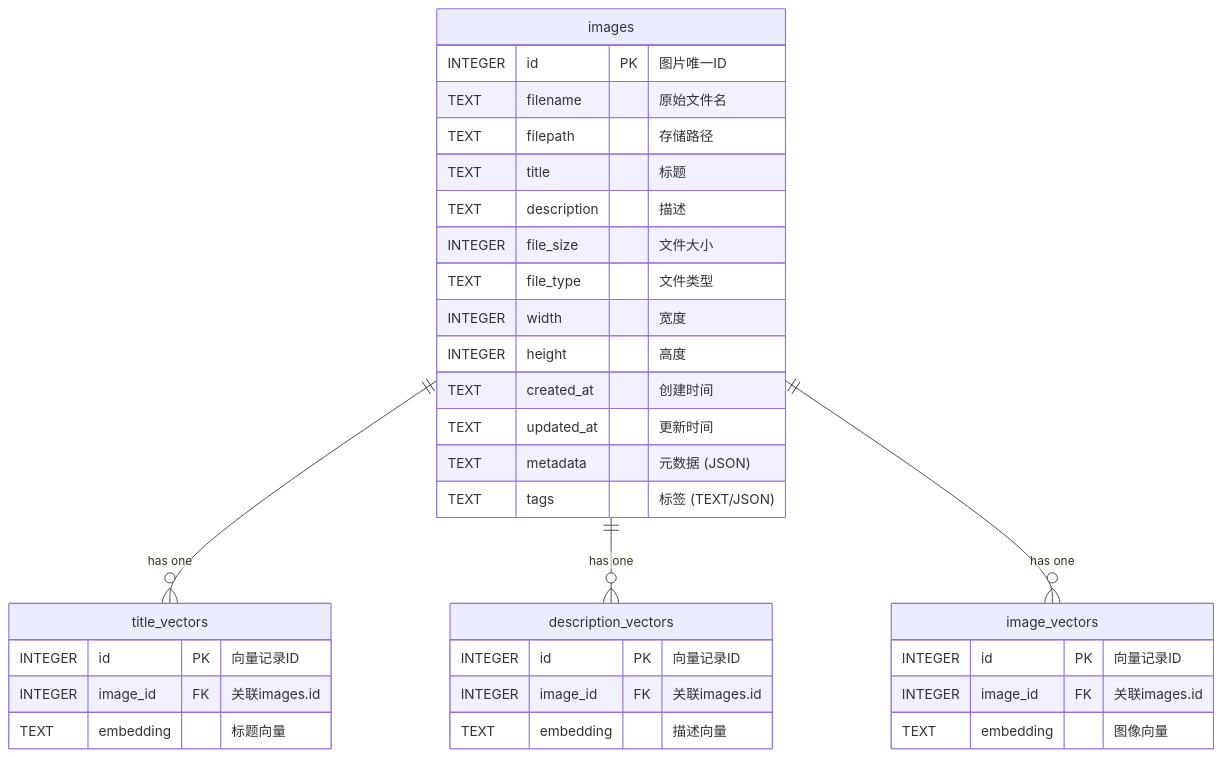
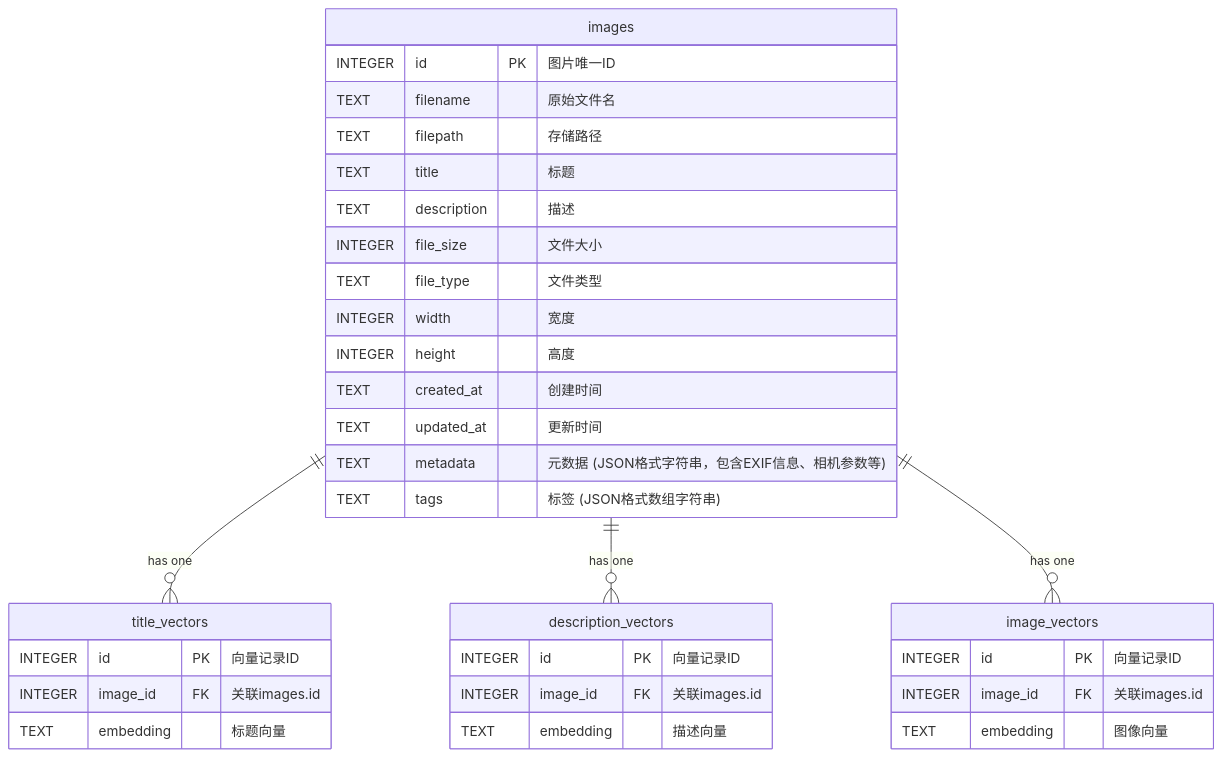
Before and after one commit to li-xiu-qi/SmartlmageFinder: the diagram in docs/database_design.md, drawn with Mermaid. The commit also changed other lines of this file and 13 other files, not shown here.

````diff
--- a/docs/database_design.md
+++ b/docs/database_design.md
@@ -72,40 +72,40 @@
 ```mermaid
 erDiagram
     images {
         INTEGER id PK "图片唯一ID"
         TEXT filename "原始文件名"
         TEXT filepath "存储路径"
         TEXT title "标题"
         TEXT description "描述"
         INTEGER file_size "文件大小"
         TEXT file_type "文件类型"
         INTEGER width "宽度"
         INTEGER height "高度"
         TEXT created_at "创建时间"
         TEXT updated_at "更新时间"
-        TEXT metadata "元数据 (JSON)"
-        TEXT tags "标签 (TEXT/JSON)"
+        TEXT metadata "元数据 (JSON格式字符串，包含EXIF信息、相机参数等)"
+        TEXT tags "标签 (JSON格式数组字符串)"
     }
 
     title_vectors {
         INTEGER id PK "向量记录ID"
         INTEGER image_id FK "关联images.id"
         TEXT embedding "标题向量"
     }
 
     description_vectors {
         INTEGER id PK "向量记录ID"
         INTEGER image_id FK "关联images.id"
         TEXT embedding "描述向量"
     }
 
     image_vectors {
         INTEGER id PK "向量记录ID"
         INTEGER image_id FK "关联images.id"
         TEXT embedding "图像向量"
     }
 
     images ||--o{ title_vectors : "has one"
     images ||--o{ description_vectors : "has one"
     images ||--o{ image_vectors : "has one"
 ```
````
